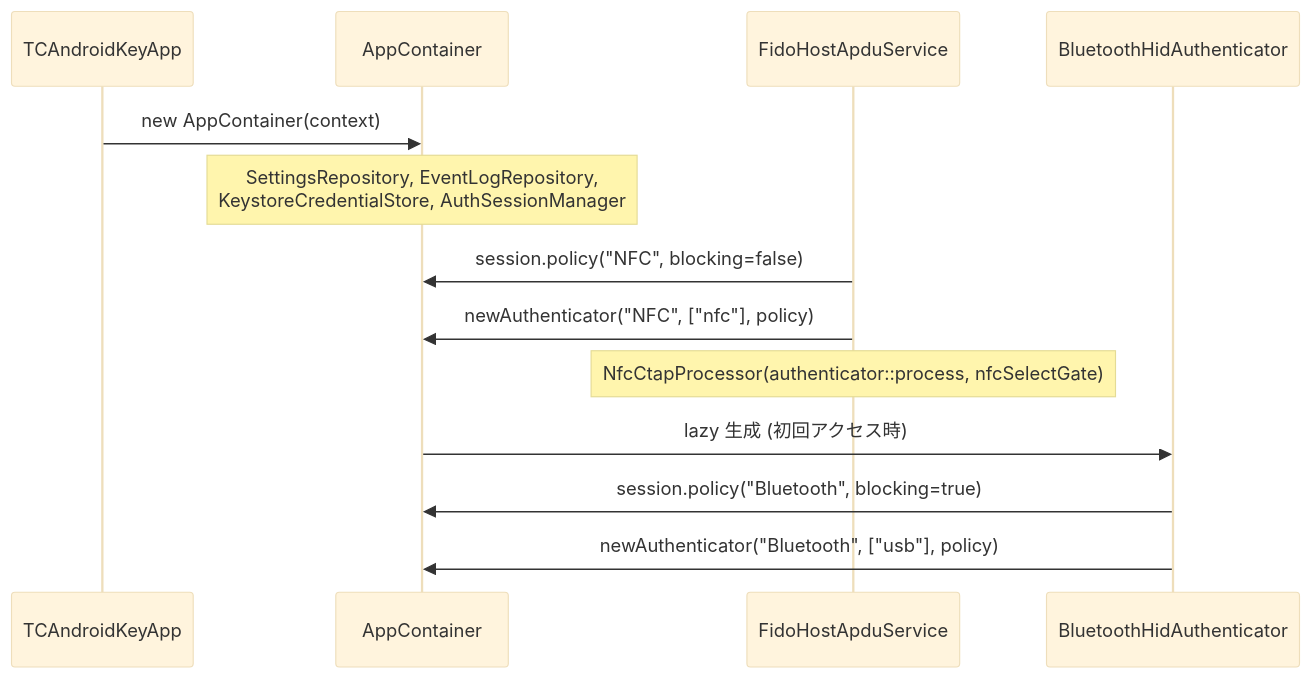
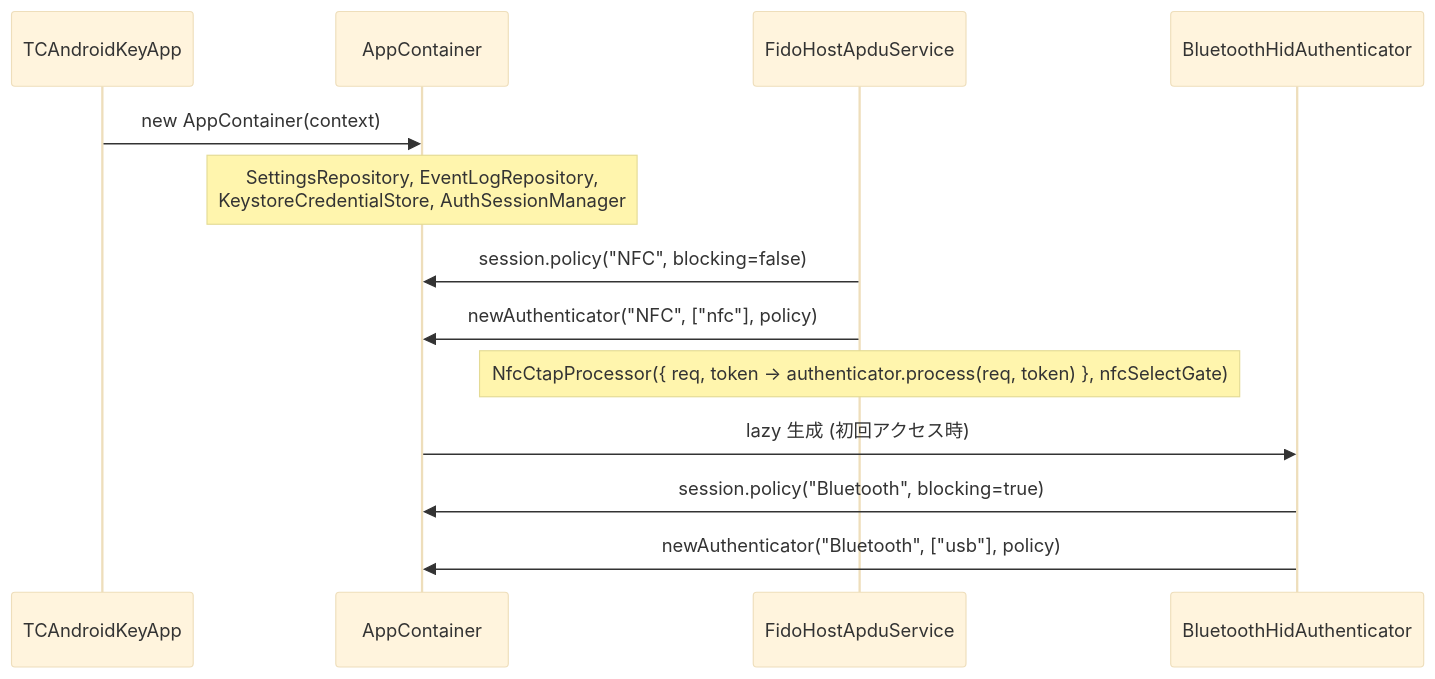
The second of 2 diagrams in docs/design/detail/04_modules.md (tecogonaz0439/TCAndroidKey), drawn with Mermaid (base theme) before and after one commit. The commit also changed other lines of this file and 19 other files, not shown here.

````diff
--- a/docs/design/detail/04_modules.md
+++ b/docs/design/detail/04_modules.md
@@ -181,15 +206,15 @@
 ```mermaid
 sequenceDiagram
     participant App as TCAndroidKeyApp
     participant C as AppContainer
     participant Svc as FidoHostApduService
     participant BT as BluetoothHidAuthenticator
     App->>C: new AppContainer(context)
     Note over C: SettingsRepository, EventLogRepository,<br/>KeystoreCredentialStore, AuthSessionManager
     Svc->>C: session.policy("NFC", blocking=false)
     Svc->>C: newAuthenticator("NFC", ["nfc"], policy)
-    Note over Svc: NfcCtapProcessor(authenticator::process, nfcSelectGate)
+    Note over Svc: NfcCtapProcessor({ req, token -> authenticator.process(req, token) }, nfcSelectGate)
     C->>BT: lazy 生成 (初回アクセス時)
     BT->>C: session.policy("Bluetooth", blocking=true)
     BT->>C: newAuthenticator("Bluetooth", ["usb"], policy)
 ```
````
